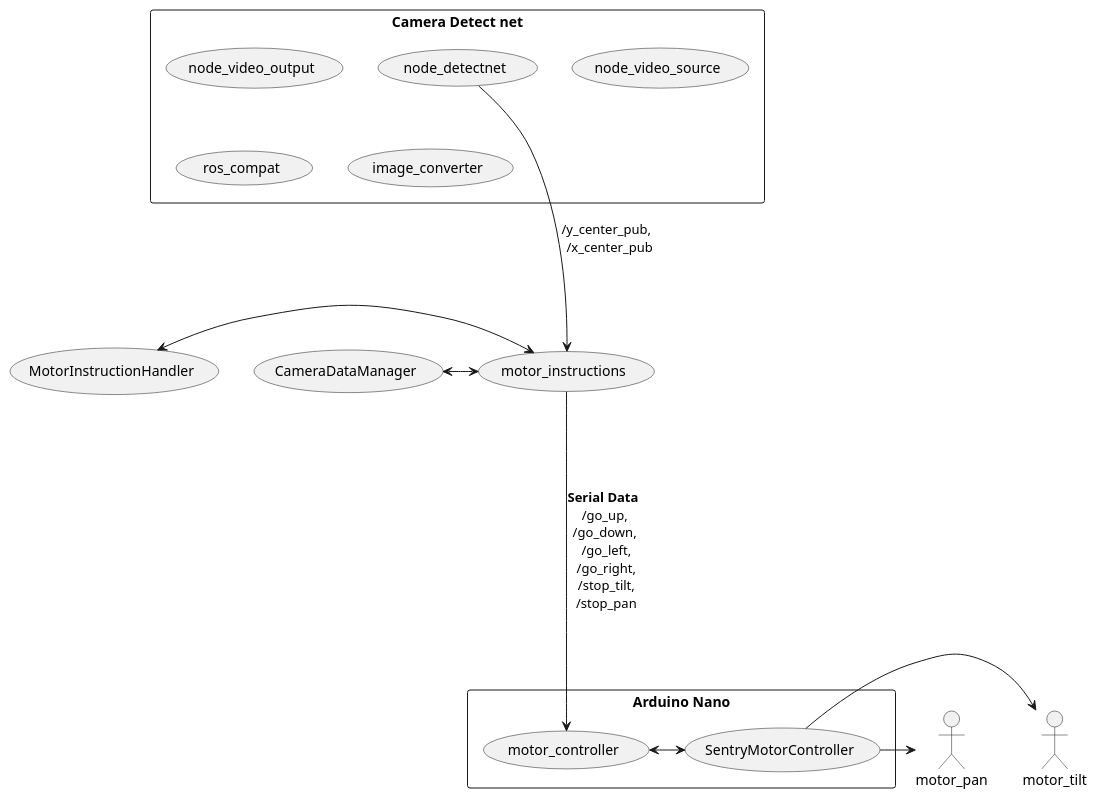
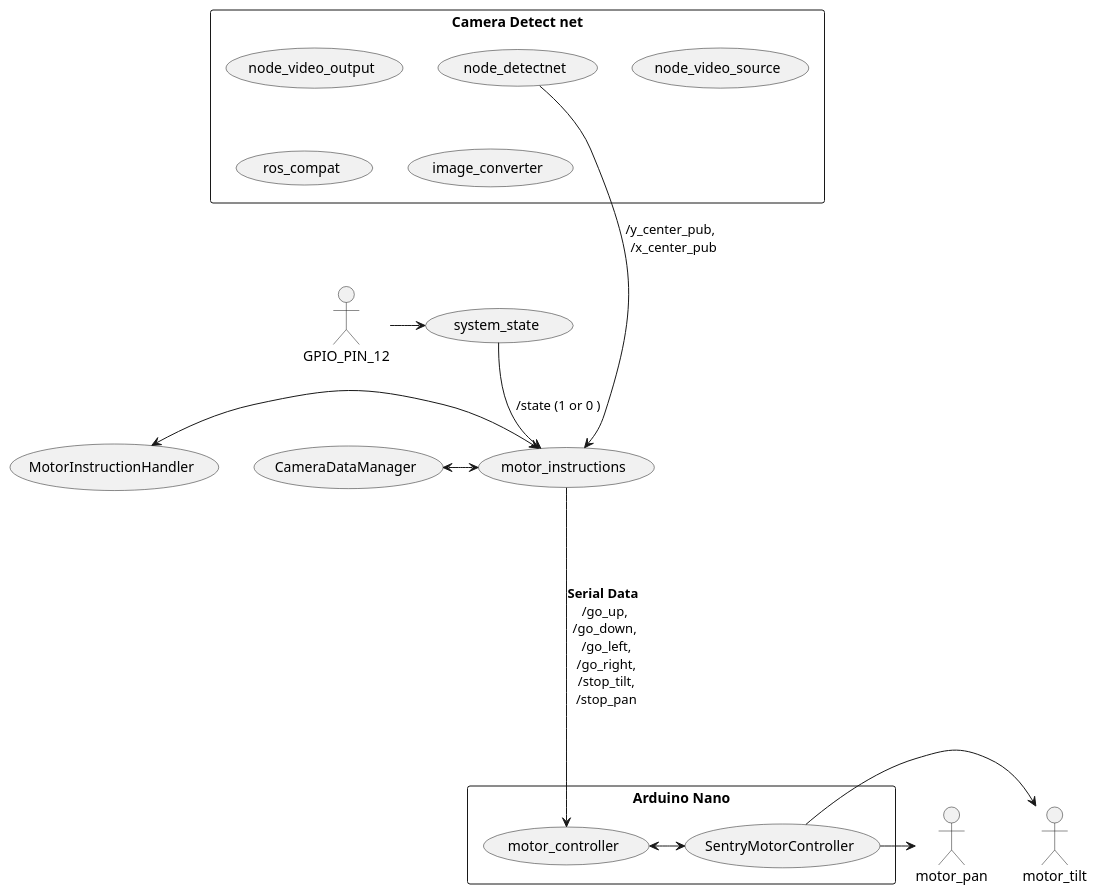
One commit to afong3/BikeSentry-ROS-Jetson changed the diagram in v2systemdesign.wsd. Above: the diagram before and after it, drawn with PlantUML. The commit also changed 3 other files, not shown here.

Commit message:
v2 diagram and clean up

```diff
--- a/v2systemdesign.wsd
+++ b/v2systemdesign.wsd
@@ -1,27 +1,28 @@
 @startuml "JetsonV1 overview no Shooting"
 
 rectangle "**Camera Detect net**" {
     (node_detectnet)
     (node_video_output)
     (node_video_source)
     (ros_compat)
     (image_converter)
 }
 node_detectnet ----> (motor_instructions) : "/y_center_pub, \n /x_center_pub"
 
 
 rectangle "**Arduino Nano**" {
     (motor_controller) 
     (SentryMotorController)
 }
 (MotorInstructionHandler) <-> motor_instructions
 (CameraDataManager) <-> motor_instructions 
 
 motor_instructions ----> motor_controller : "**Serial Data** \n /go_up, \n /go_down, \n /go_left,\n /go_right,\n /stop_tilt,\n /stop_pan"
 
 motor_pan <- SentryMotorController 
 motor_tilt <- SentryMotorController
 motor_controller <-> SentryMotorController
-
+(system_state) --> motor_instructions : " /state (1 or 0 )"
+GPIO_PIN_12 -> system_state
 
 @enduml
```
